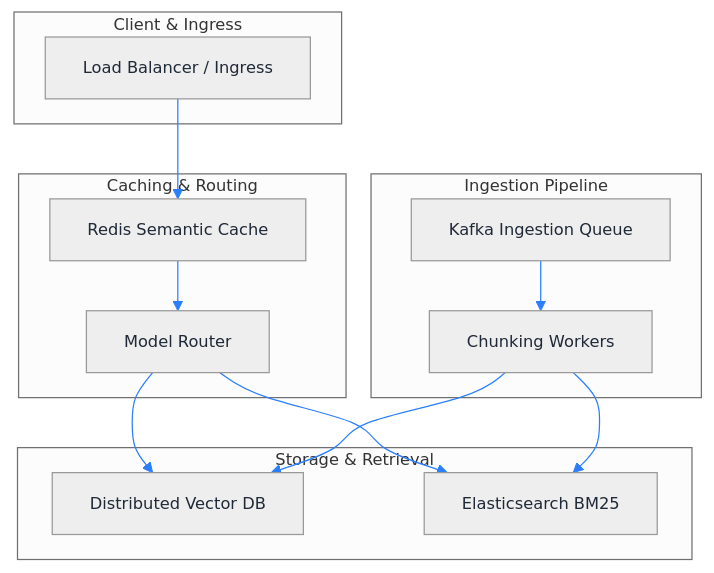
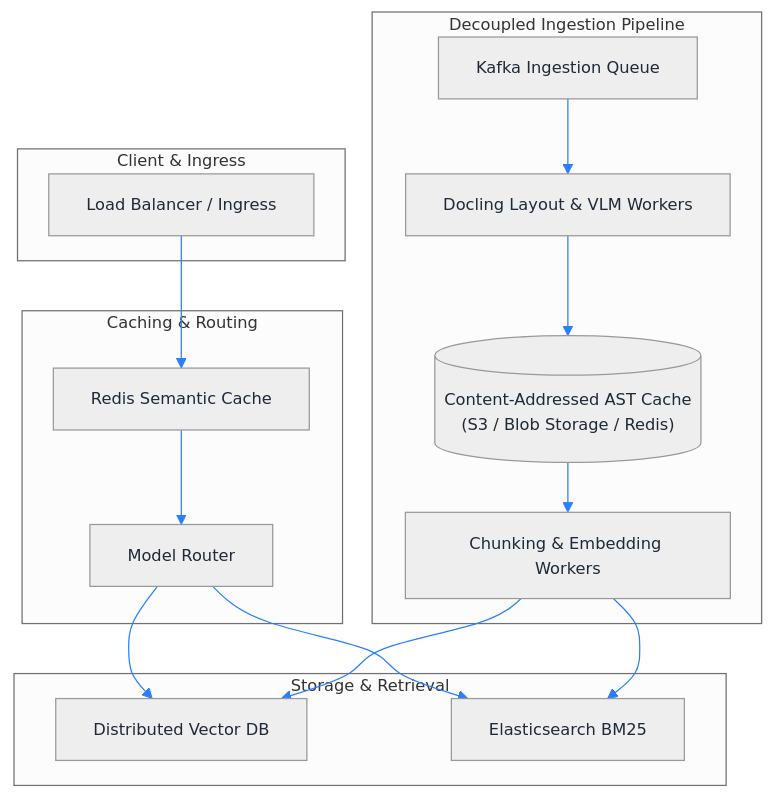
One commit to Souheil007/Rag_Full_Version changed the diagram in plans/plan5.md. Above: the diagram before and after it, drawn with Mermaid. The commit also changed other lines of this file, not shown here.

Commit message:
docs(plan5): add ADR 005 for decoupled content-addressed AST and VLM caching

````diff
--- a/plans/plan5.md
+++ b/plans/plan5.md
@@ -10,30 +10,34 @@
 ```mermaid
 %%{init: {'theme': 'neutral', 'themeVariables': { 'fontSize': '13px', 'lineColor': '#2b7fff', 'edgeLabelBackground': '#ffffff', 'textColor': '#1f2937' }, 'flowchart': { 'nodeSpacing': 30, 'rankSpacing': 40, 'padding': 15, 'useMaxWidth': true } } }%%
 flowchart TD
     subgraph Client ["Client & Ingress"]
         LB["Load Balancer / Ingress"]
     end
 
     subgraph Cache ["Caching & Routing"]
         Redis["Redis Semantic Cache"]
         Router["Model Router"]
     end
 
     subgraph Storage ["Storage & Retrieval"]
         Qdrant["Distributed Vector DB"]
         ES["Elasticsearch BM25"]
     end
 
-    subgraph Ingestion ["Ingestion Pipeline"]
+    subgraph Ingestion ["Decoupled Ingestion Pipeline"]
         Queue["Kafka Ingestion Queue"]
-        Workers["Chunking Workers"]
+        Parser["Docling Layout & VLM Workers"]
+        ASTCache[("Content-Addressed AST Cache<br/>(S3 / Blob Storage / Redis)")]
+        Workers["Chunking & Embedding Workers"]
     end
 
     LB --> Redis
     Redis --> Router
     Router --> Qdrant
     Router --> ES
-    Queue --> Workers
+    Queue --> Parser
+    Parser --> ASTCache
+    ASTCache --> Workers
     Workers --> Qdrant
     Workers --> ES
 ```
````
